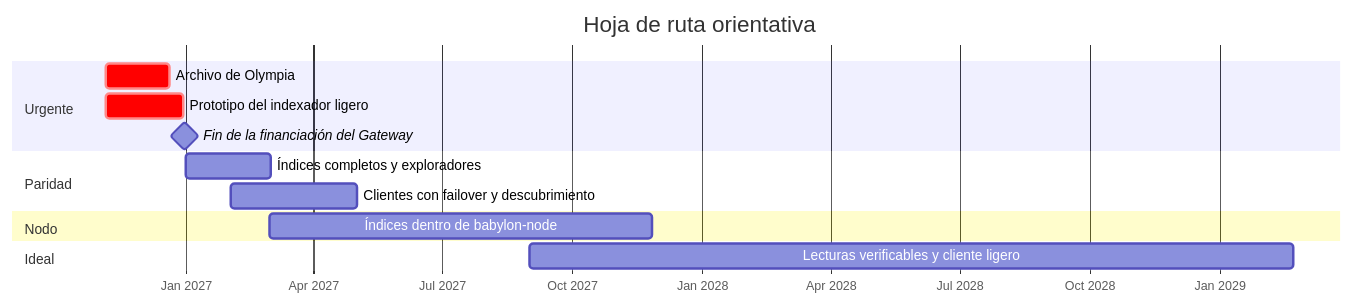
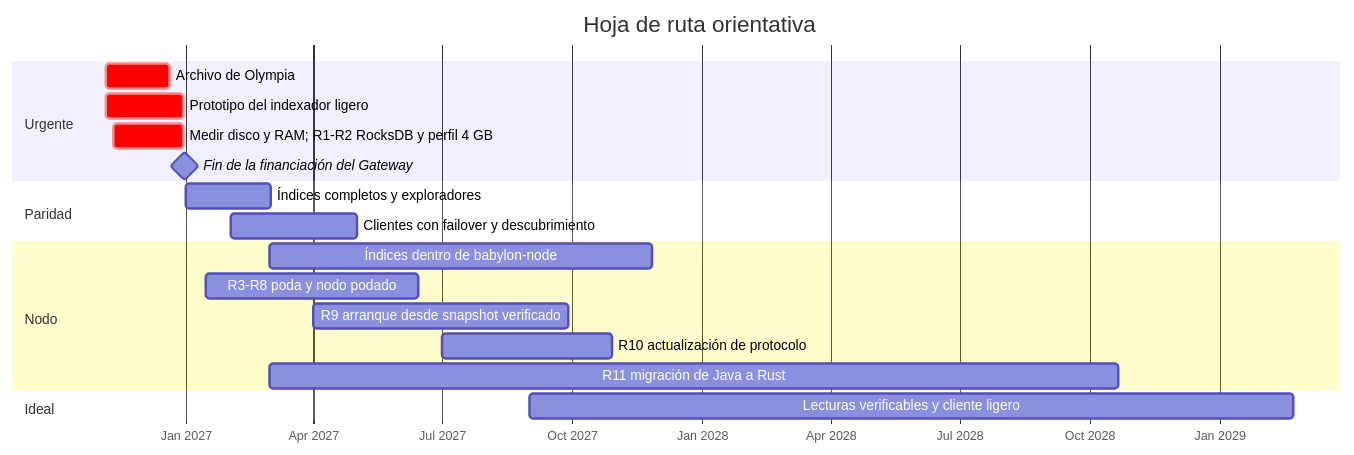
The first of 2 diagrams in docs/es/06-hoja-de-ruta.md (dazligth/radix-decentralization-roadmap), drawn with Mermaid before and after one commit. The commit also changed other lines of this file and 17 other files, not shown here.

First line of the commit message:
Add lighter nodes (4 GB RAM / 500 GB), implementation guide and infrastructure diagrams

````diff
--- a/docs/es/06-hoja-de-ruta.md
+++ b/docs/es/06-hoja-de-ruta.md
@@ -5,17 +5,22 @@
 ```mermaid
 gantt
     title Hoja de ruta orientativa
     dateFormat YYYY-MM-DD
     axisFormat %b %Y
     section Urgente
-    Archivo de Olympia                  :crit, 2026-11-05, 45d
-    Prototipo del indexador ligero      :crit, 2026-11-05, 55d
-    Fin de la financiación del Gateway  :milestone, 2026-12-31, 0d
+    Archivo de Olympia                       :crit, 2026-11-05, 45d
+    Prototipo del indexador ligero           :crit, 2026-11-05, 55d
+    Medir disco y RAM; R1-R2 RocksDB y perfil 4 GB :crit, 2026-11-10, 50d
+    Fin de la financiación del Gateway       :milestone, 2026-12-31, 0d
     section Paridad
-    Índices completos y exploradores    :2027-01-01, 60d
-    Clientes con failover y descubrimiento :2027-02-01, 90d
+    Índices completos y exploradores         :2027-01-01, 60d
+    Clientes con failover y descubrimiento   :2027-02-01, 90d
     section Nodo
-    Índices dentro de babylon-node      :2027-03-01, 270d
+    Índices dentro de babylon-node           :2027-03-01, 270d
+    R3-R8 poda y nodo podado                 :2027-01-15, 150d
+    R9 arranque desde snapshot verificado    :2027-04-01, 180d
+    R10 actualización de protocolo           :2027-07-01, 120d
+    R11 migración de Java a Rust             :2027-03-01, 600d
     section Ideal
-    Lecturas verificables y cliente ligero :2027-09-01, 540d
+    Lecturas verificables y cliente ligero   :2027-09-01, 540d
 ```
````
